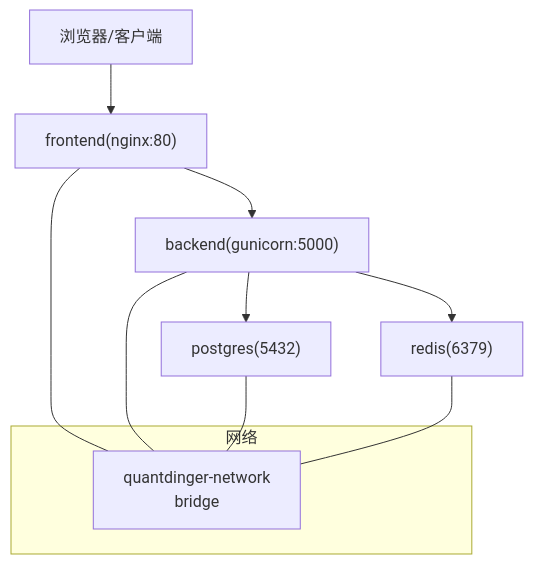
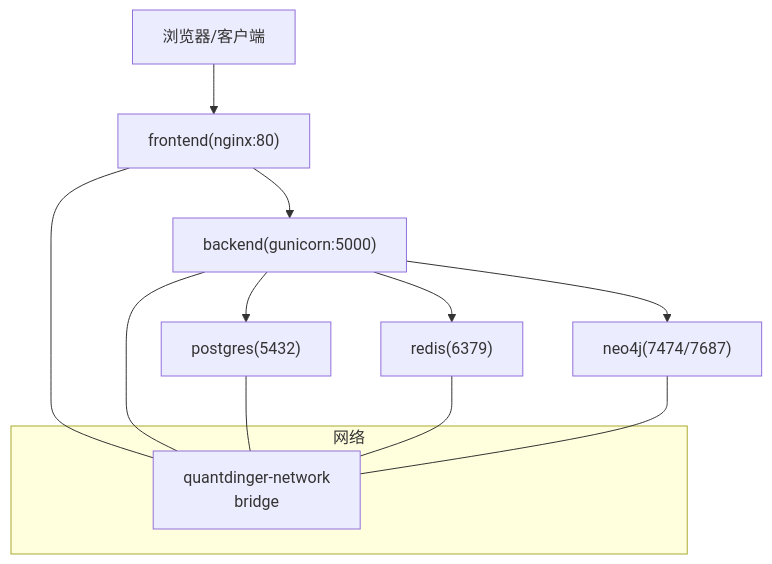
The second of 5 diagrams in .qoder/repowiki/zh/content/部署运维/Docker容器化部署.md (joezxh/QuantDinger), drawn with Mermaid before and after one commit. The commit also changed other lines of this file and 39 other files, not shown here.

````diff
--- a/.qoder/repowiki/zh/content/部署运维/Docker容器化部署.md
+++ b/.qoder/repowiki/zh/content/部署运维/Docker容器化部署.md
@@ -128,14 +137,16 @@
 ```mermaid
 graph TB
 Client["浏览器/客户端"] --> FE["frontend(nginx:80)"]
 FE --> API["backend(gunicorn:5000)"]
 API --> DB["postgres(5432)"]
 API --> RC["redis(6379)"]
+API --> KG["neo4j(7474/7687)"]
 subgraph "网络"
 NET["quantdinger-network<br/>bridge"]
 end
 FE --- NET
 API --- NET
 DB --- NET
 RC --- NET
+KG --- NET
 ```
````
